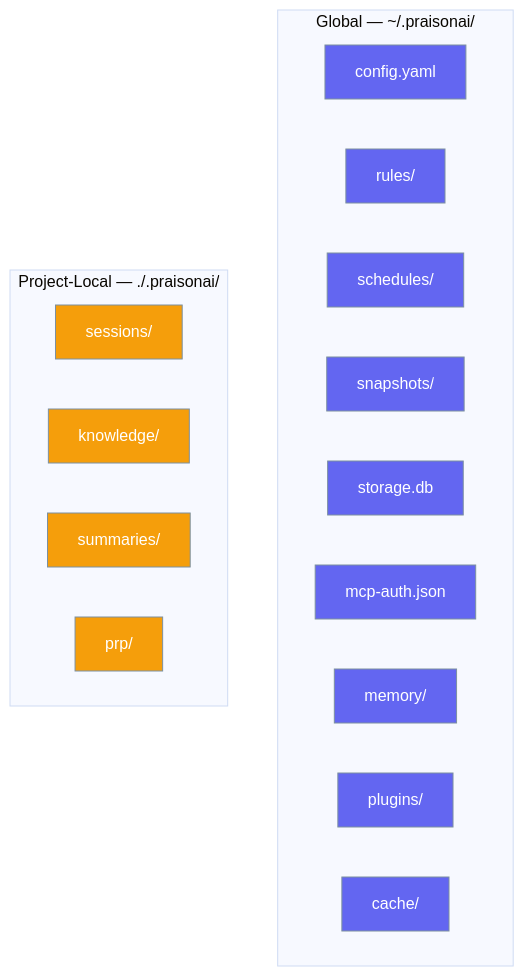
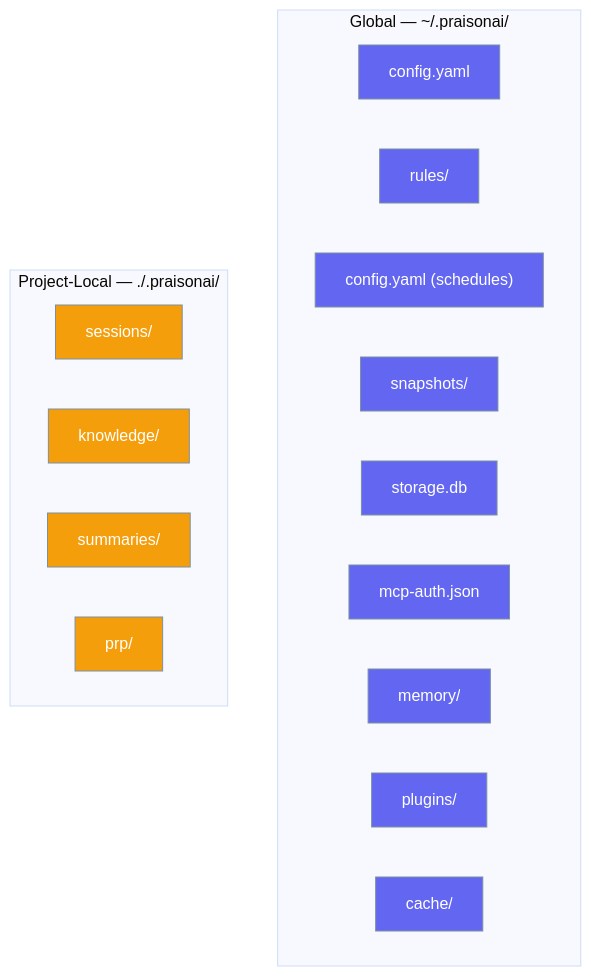
Before and after one commit to MervinPraison/PraisonAIDocs: the diagram in docs/concepts/storage-paths.mdx, drawn with Mermaid (base theme). The commit also changed other lines of this file and 3 other files, not shown here.

````diff
--- a/docs/concepts/storage-paths.mdx
+++ b/docs/concepts/storage-paths.mdx
@@ -10,26 +10,26 @@
 ```mermaid
 graph TD
     subgraph "Global — ~/.praisonai/"
         G1[config.yaml]
         G2[rules/]
-        G3[schedules/]
+        G3["config.yaml (schedules)"]
         G4[snapshots/]
         G5[storage.db]
         G6[mcp-auth.json]
         G7[memory/]
         G8[plugins/]
         G9[cache/]
     end
     subgraph "Project-Local — ./.praisonai/"
         P1[sessions/]
         P2[knowledge/]
         P3[summaries/]
         P4[prp/]
     end
 
     classDef global fill:#6366F1,stroke:#7C90A0,color:#fff
     classDef local fill:#F59E0B,stroke:#7C90A0,color:#fff
     
     class G1,G2,G3,G4,G5,G6,G7,G8,G9 global
     class P1,P2,P3,P4 local
 ```
````
